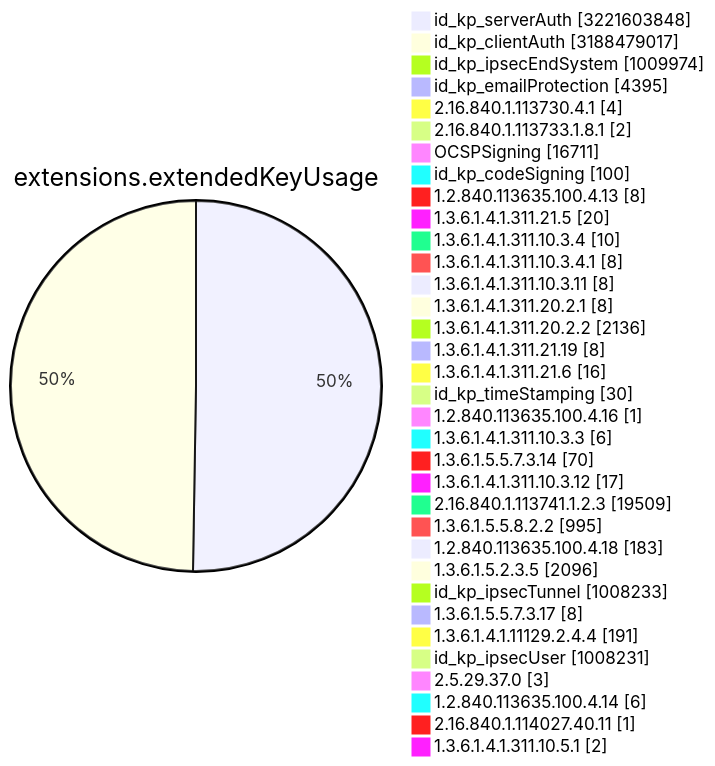
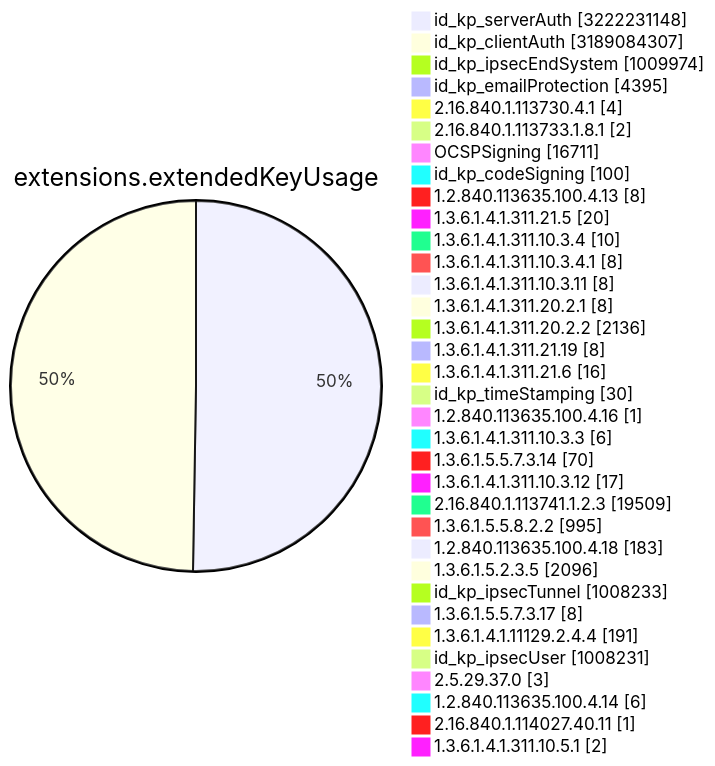
One commit to christiankrug/ctmonitor_visualization changed diagram 11 of 15 in TOTAL/README.md. Above: the diagram before and after it, drawn with Mermaid. The commit also changed other lines of this file, not shown here.

````diff
--- a/TOTAL/README.md
+++ b/TOTAL/README.md
@@ -4119,38 +4119,38 @@
 ```mermaid
 pie showData
 title extensions.extendedKeyUsage
-"id_kp_serverAuth" :3221603848
-"id_kp_clientAuth" :3188479017
+"id_kp_serverAuth" :3222231148
+"id_kp_clientAuth" :3189084307
 "id_kp_ipsecEndSystem" :1009974
 "id_kp_emailProtection" :4395
 "2.16.840.1.113730.4.1" :4
 "2.16.840.1.113733.1.8.1" :2
 "OCSPSigning" :16711
 "id_kp_codeSigning" :100
 "1.2.840.113635.100.4.13" :8
 "1.3.6.1.4.1.311.21.5" :20
 "1.3.6.1.4.1.311.10.3.4" :10
 "1.3.6.1.4.1.311.10.3.4.1" :8
 "1.3.6.1.4.1.311.10.3.11" :8
 "1.3.6.1.4.1.311.20.2.1" :8
 "1.3.6.1.4.1.311.20.2.2" :2136
 "1.3.6.1.4.1.311.21.19" :8
 "1.3.6.1.4.1.311.21.6" :16
 "id_kp_timeStamping" :30
 "1.2.840.113635.100.4.16" :1
 "1.3.6.1.4.1.311.10.3.3" :6
 "1.3.6.1.5.5.7.3.14" :70
 "1.3.6.1.4.1.311.10.3.12" :17
 "2.16.840.1.113741.1.2.3" :19509
 "1.3.6.1.5.5.8.2.2" :995
 "1.2.840.113635.100.4.18" :183
 "1.3.6.1.5.2.3.5" :2096
 "id_kp_ipsecTunnel" :1008233
 "1.3.6.1.5.5.7.3.17" :8
 "1.3.6.1.4.1.11129.2.4.4" :191
 "id_kp_ipsecUser" :1008231
 "2.5.29.37.0" :3
 "1.2.840.113635.100.4.14" :6
 "2.16.840.1.114027.40.11" :1
 "1.3.6.1.4.1.311.10.5.1" :2
 ```
````
